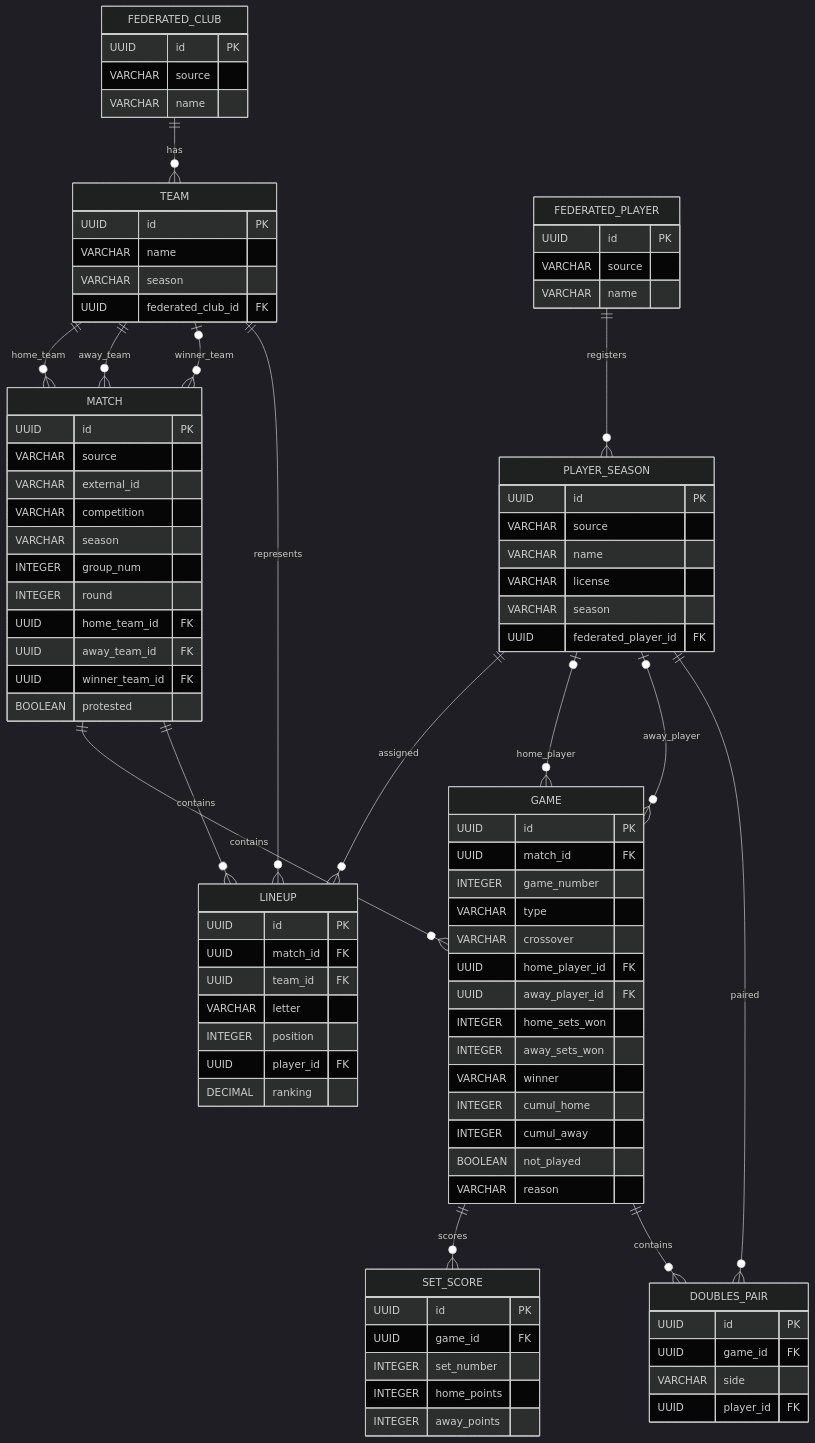
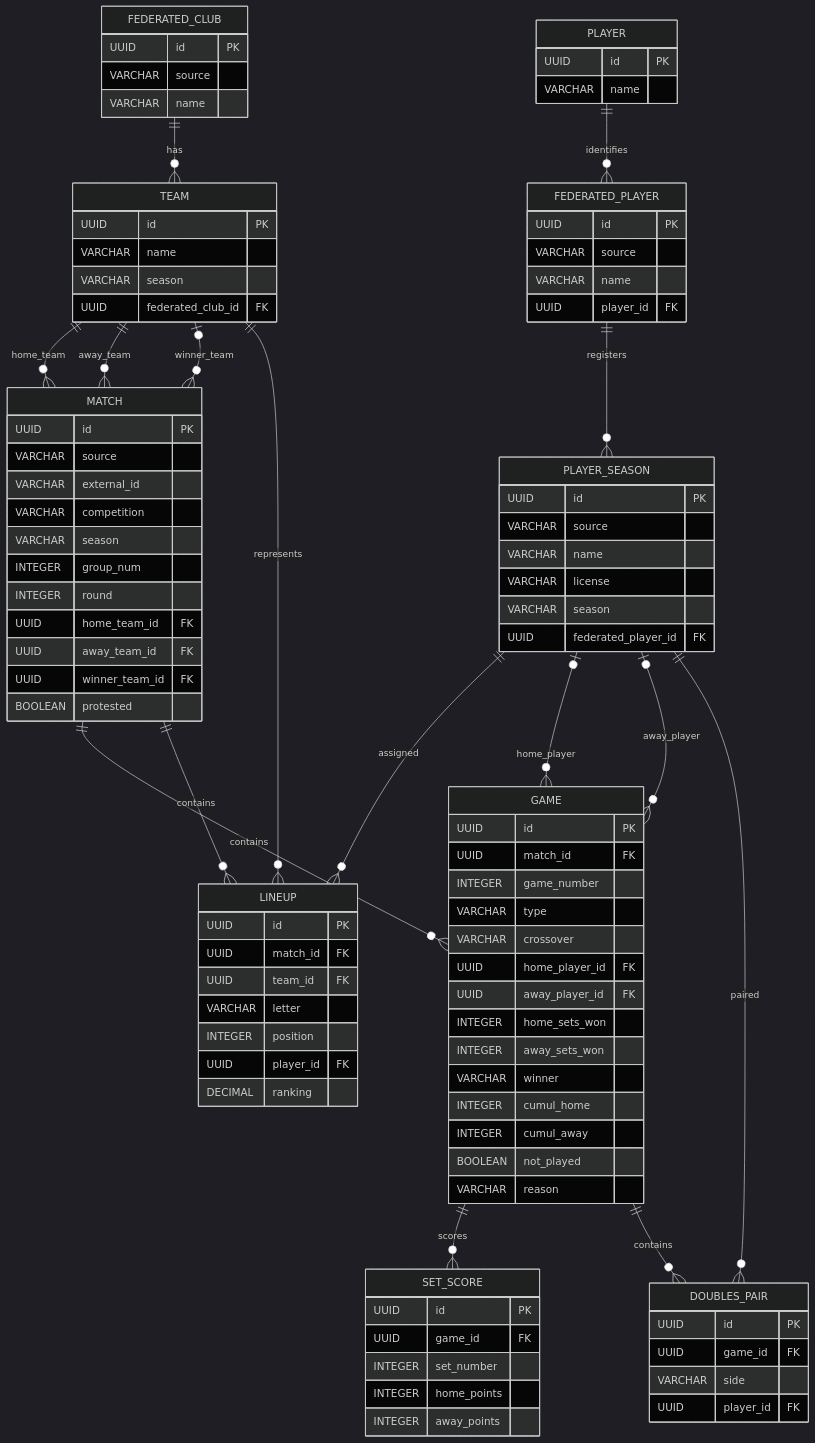
The diagram in tt-data-league-core-repository-jpa/docs/rfetm-datamodel.md (albertsanso/tt-league-services), drawn with Mermaid (dark theme) before and after one commit. The commit also changed other lines of this file and 40 other files, not shown here.

````diff
--- a/tt-data-league-core-repository-jpa/docs/rfetm-datamodel.md
+++ b/tt-data-league-core-repository-jpa/docs/rfetm-datamodel.md
@@ -358,6 +380,7 @@
 ```mermaid
 erDiagram
     FEDERATED_CLUB ||--o{ TEAM : has
+    PLAYER ||--o{ FEDERATED_PLAYER : identifies
     TEAM ||--o{ MATCH : home_team
     TEAM ||--o{ MATCH : away_team
     TEAM o|--o{ MATCH : winner_team
@@ -386,6 +409,11 @@
     FEDERATED_PLAYER {
         UUID id PK
         VARCHAR source
+        VARCHAR name
+        UUID player_id FK
+    }
+    PLAYER {
+        UUID id PK
         VARCHAR name
     }
     PLAYER_SEASON {
````
